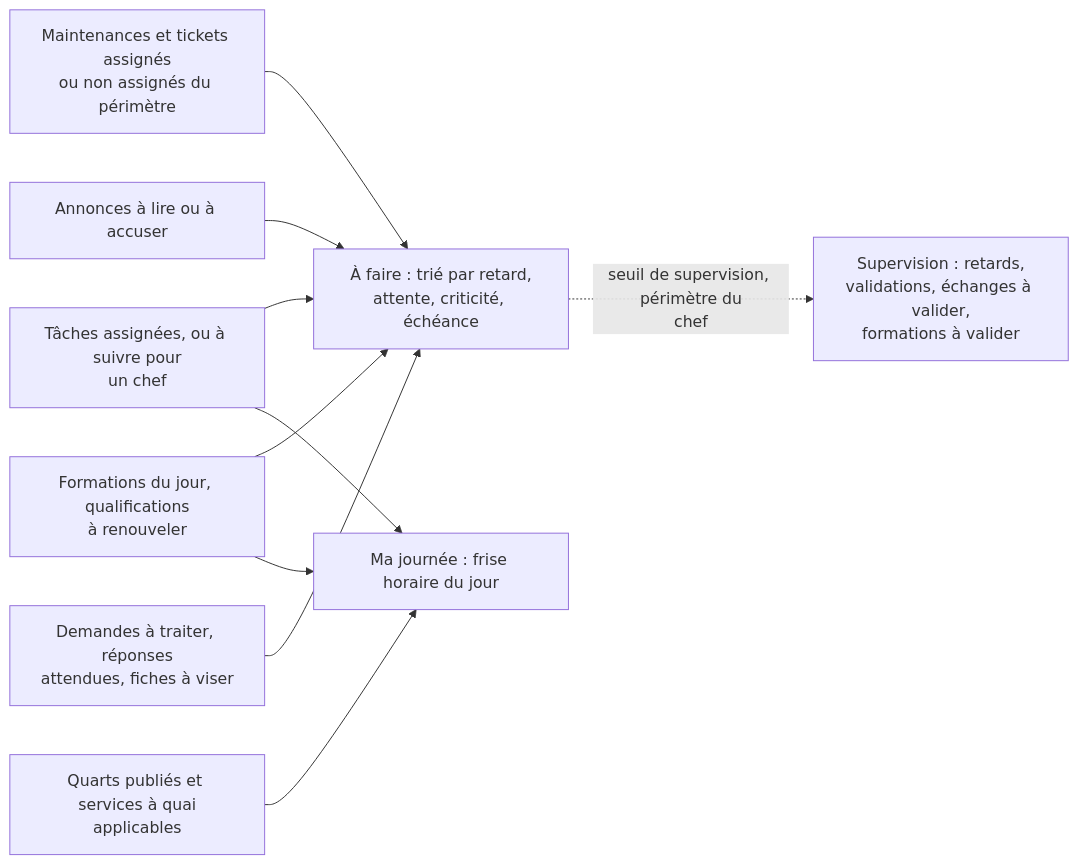
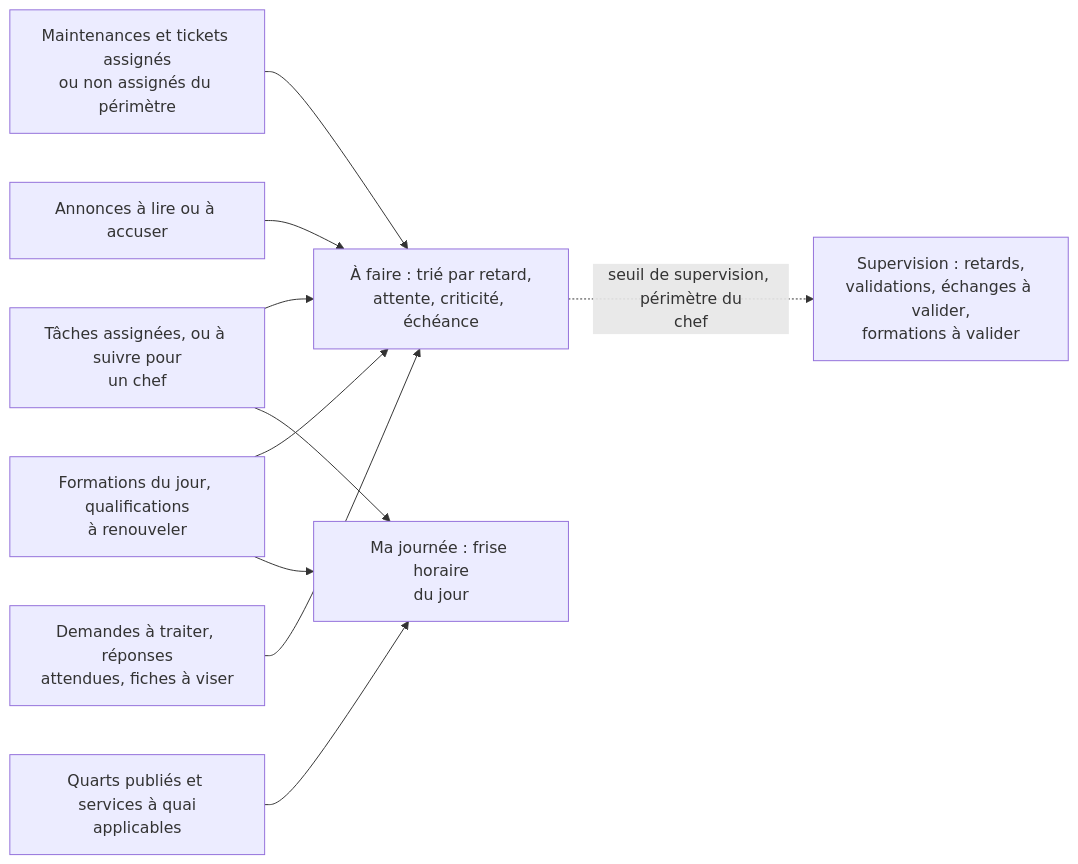
The diagram in docs/dossier-technique/schemas/src/S13_page_aujourdhui.mmd (Mattrix2211/Matrix), drawn with Mermaid before and after one commit. The commit also changed 54 other files, not shown here.

```diff
--- a/docs/dossier-technique/schemas/src/S13_page_aujourdhui.mmd
+++ b/docs/dossier-technique/schemas/src/S13_page_aujourdhui.mmd
@@ -1,19 +1,19 @@
 flowchart LR
   T["Tâches assignées, ou à suivre pour<br/>un chef"]
   M["Maintenances et tickets assignés<br/>ou non assignés du périmètre"]
   F["Formations du jour, qualifications<br/>à renouveler"]
   A["Annonces à lire ou à accuser"]
   D["Demandes à traiter, réponses<br/>attendues, fiches à viser"]
   Q["Quarts publiés et services à quai<br/>applicables"]
   AF["À faire : trié par retard,<br/>attente, criticité, échéance"]
-  MJ["Ma journée : frise horaire du jour"]
+  MJ["Ma journée : frise horaire<br/>du jour"]
   SU["Supervision : retards,<br/>validations, échanges à valider,<br/>formations à valider"]
   T --> AF
   M --> AF
   F --> AF
   A --> AF
   D --> AF
   Q --> MJ
   F --> MJ
   T --> MJ
   AF -. "seuil de supervision, périmètre du<br/>chef" .-> SU
```
